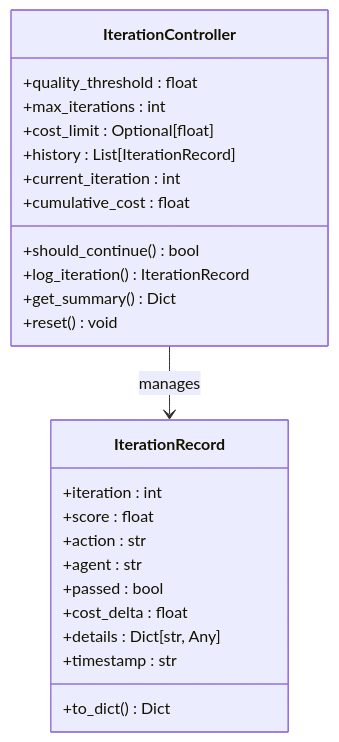
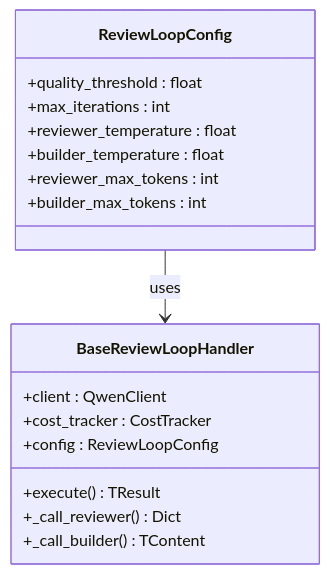
The eighth of 9 diagrams in .qoder/repowiki/zh/content/AI智能体系统/角色审查处理器.md (xfbyxq/ai-novel-system), drawn with Mermaid before and after one commit. The commit also changed other lines of this file and 84 other files, not shown here.

````diff
--- a/.qoder/repowiki/zh/content/AI智能体系统/角色审查处理器.md
+++ b/.qoder/repowiki/zh/content/AI智能体系统/角色审查处理器.md
@@ -425,27 +411,20 @@
 ```mermaid
 classDiagram
-class IterationController {
+class ReviewLoopConfig {
 +quality_threshold : float
 +max_iterations : int
-+cost_limit : Optional[float]
-+history : List[IterationRecord]
-+current_iteration : int
-+cumulative_cost : float
-+should_continue() bool
-+log_iteration() IterationRecord
-+get_summary() Dict
-+reset() void
++reviewer_temperature : float
++builder_temperature : float
++reviewer_max_tokens : int
++builder_max_tokens : int
 }
-class IterationRecord {
-+iteration : int
-+score : float
-+action : str
-+agent : str
-+passed : bool
-+cost_delta : float
-+details : Dict[str, Any]
-+timestamp : str
-+to_dict() Dict
+class BaseReviewLoopHandler {
++client : QwenClient
++cost_tracker : CostTracker
++config : ReviewLoopConfig
++execute() TResult
++_call_reviewer() Dict
++_call_builder() TContent
 }
-IterationController --> IterationRecord : manages
+ReviewLoopConfig --> BaseReviewLoopHandler : uses
 ```
````
